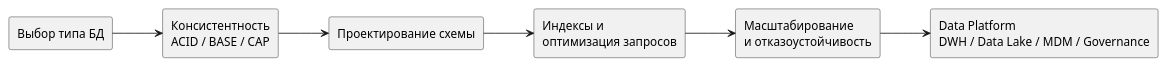
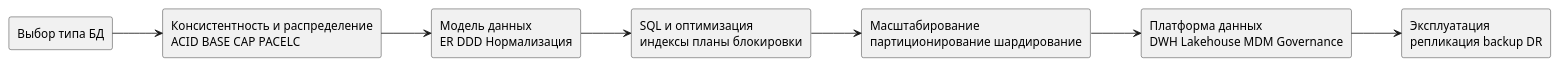
Before and after one commit to iwizy/analyst_kb: the diagram in docs/database/index.md, drawn with PlantUML. The commit also changed other lines of this file and 32 other files, not shown here.

````diff
--- a/docs/database/index.md
+++ b/docs/database/index.md
@@ -16,17 +27,19 @@
 ```kroki-plantuml
 @startuml
 left to right direction
 rectangle "Выбор типа БД" as T
-rectangle "Консистентность\nACID / BASE / CAP" as C
-rectangle "Проектирование схемы" as M
-rectangle "Индексы и\nоптимизация запросов" as Q
-rectangle "Масштабирование\nи отказоустойчивость" as S
-rectangle "Data Platform\nDWH / Data Lake / MDM / Governance" as D
+rectangle "Консистентность и распределение\nACID BASE CAP PACELC" as C
+rectangle "Модель данных\nER DDD Нормализация" as M
+rectangle "SQL и оптимизация\nиндексы планы блокировки" as Q
+rectangle "Масштабирование\nпартиционирование шардирование" as S
+rectangle "Платформа данных\nDWH Lakehouse MDM Governance" as P
+rectangle "Эксплуатация\nрепликация backup DR" as O
 
 T --> C
 C --> M
 M --> Q
 Q --> S
-S --> D
+S --> P
+P --> O
 @enduml
 ```
````
